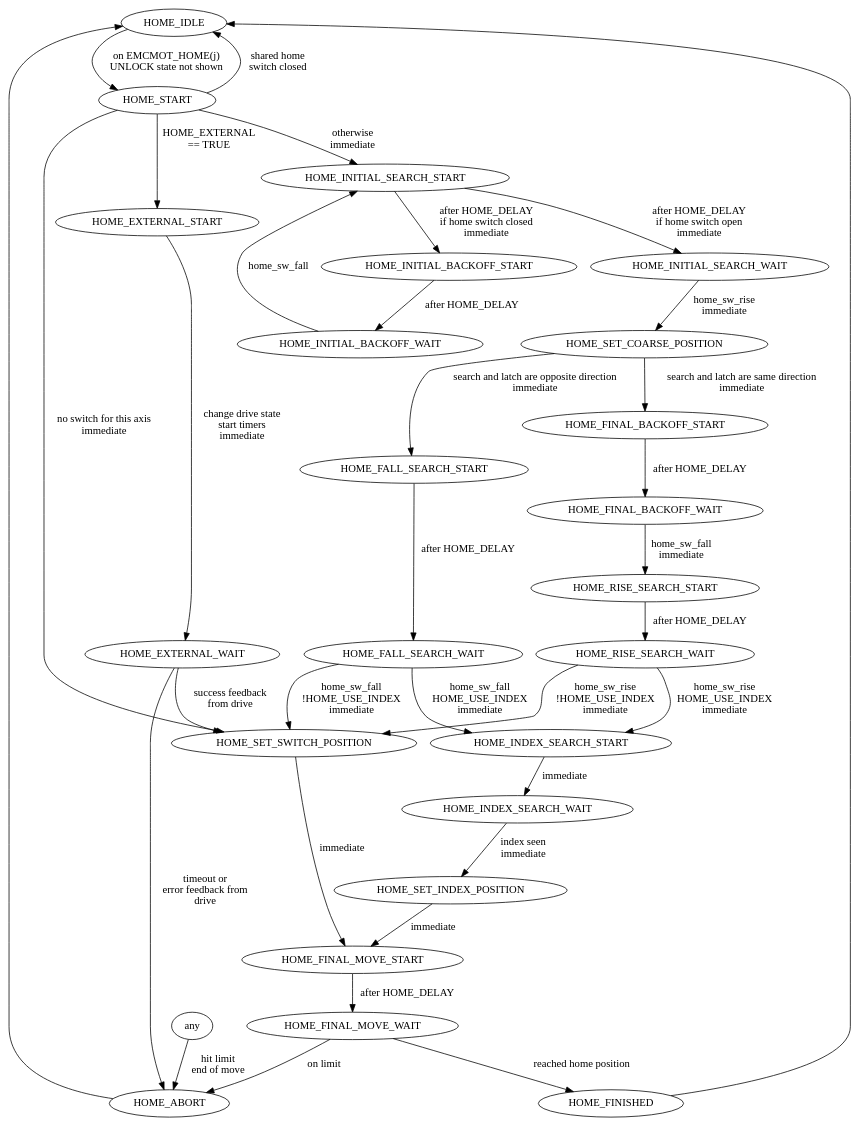
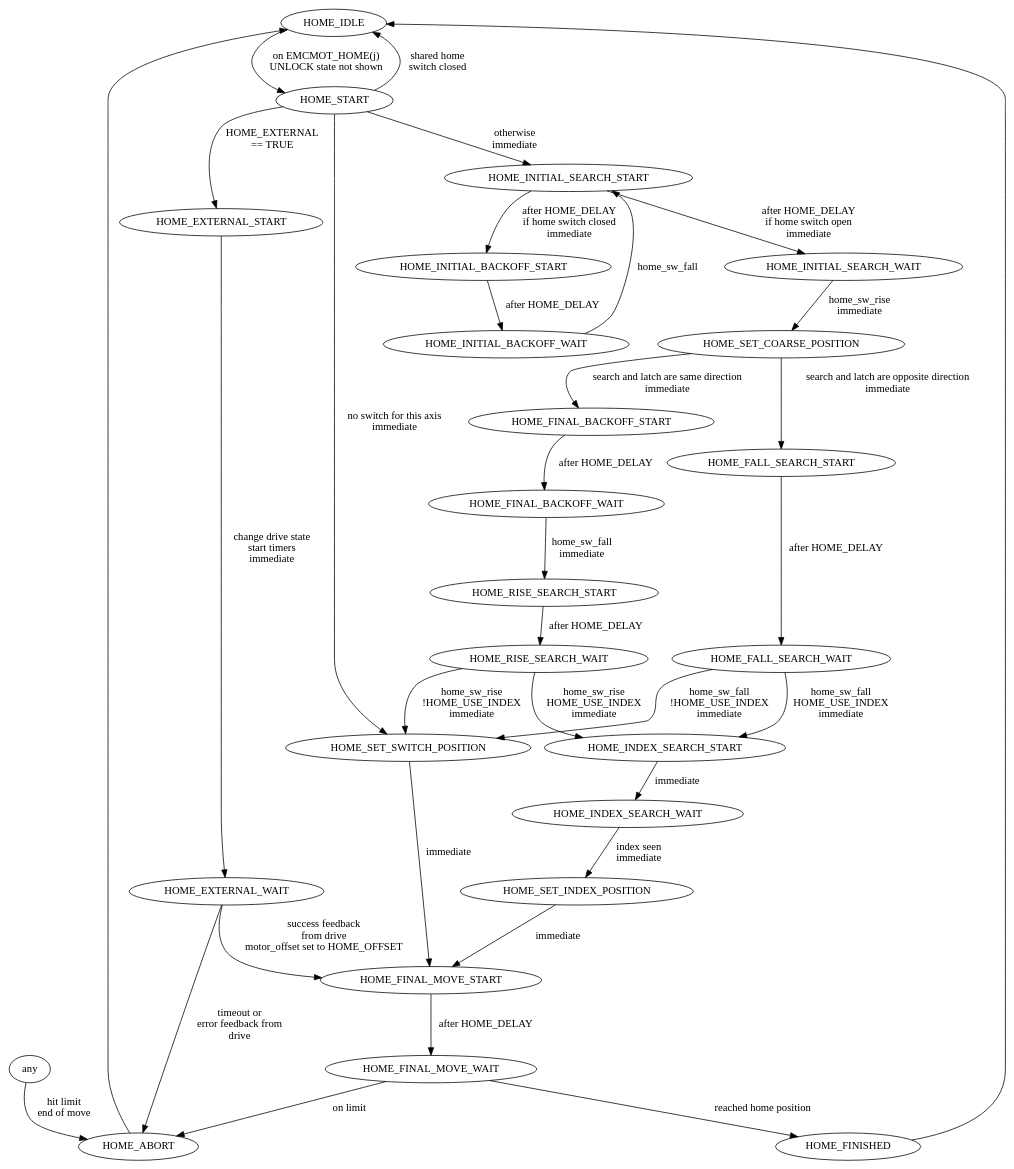
One commit to zultron/machinekit changed the diagram in docs/src/code/homing.dot. Above: the diagram before and after it, drawn with Graphviz. The commit also changed 2 other files, not shown here.

Commit message:
PP-3829 rework state machine flow for home offset in homing.c

```diff
--- a/docs/src/code/homing.dot
+++ b/docs/src/code/homing.dot
@@ -1,38 +1,38 @@
 # NOTE PDH 2021: I have tried to update this as best I can to reflect the new HOME_EXTERNAL state, but this diagram
 # seems to conflict in some ways with the one located at src/emc/motion
 
 digraph homing {
     HOME_IDLE -> HOME_START [label="on EMCMOT_HOME(j)\nUNLOCK state not shown"];
     HOME_START -> HOME_IDLE [label="shared home\nswitch closed"];
     HOME_START -> HOME_SET_SWITCH_POSITION [label="no switch for this axis\nimmediate"];
     HOME_START -> HOME_EXTERNAL_START [label="HOME_EXTERNAL\n== TRUE"];
     HOME_START -> HOME_INITIAL_SEARCH_START [label="otherwise\nimmediate"];
     HOME_EXTERNAL_START -> HOME_EXTERNAL_WAIT [label="change drive state\nstart timers\nimmediate"];
     HOME_EXTERNAL_WAIT -> HOME_ABORT [label="timeout or\nerror feedback from\ndrive"];
-    HOME_EXTERNAL_WAIT -> HOME_SET_SWITCH_POSITION [label="success feedback\nfrom drive"];
+    HOME_EXTERNAL_WAIT -> HOME_FINAL_MOVE_START [label="success feedback\nfrom drive\nmotor_offset set to HOME_OFFSET"];
     HOME_INITIAL_BACKOFF_START -> HOME_INITIAL_BACKOFF_WAIT [label="after HOME_DELAY"];
     HOME_INITIAL_BACKOFF_WAIT -> HOME_INITIAL_SEARCH_START [label="home_sw_fall"];
     HOME_INITIAL_SEARCH_START -> HOME_INITIAL_BACKOFF_START [label="after HOME_DELAY\nif home switch closed\nimmediate"];
     HOME_INITIAL_SEARCH_START -> HOME_INITIAL_SEARCH_WAIT [label="after HOME_DELAY\nif home switch open\nimmediate"];
     HOME_INITIAL_SEARCH_WAIT -> HOME_SET_COARSE_POSITION [label="home_sw_rise\nimmediate"];
     HOME_SET_COARSE_POSITION -> HOME_FINAL_BACKOFF_START [label="search and latch are same direction\nimmediate"]
     HOME_SET_COARSE_POSITION -> HOME_FALL_SEARCH_START [label="search and latch are opposite direction\nimmediate"]
     HOME_FINAL_BACKOFF_START -> HOME_FINAL_BACKOFF_WAIT [label="after HOME_DELAY"];
     HOME_FINAL_BACKOFF_WAIT -> HOME_RISE_SEARCH_START [label="home_sw_fall\nimmediate"];
     HOME_RISE_SEARCH_START -> HOME_RISE_SEARCH_WAIT [label="after HOME_DELAY"];
     HOME_RISE_SEARCH_WAIT -> HOME_INDEX_SEARCH_START [label="home_sw_rise\nHOME_USE_INDEX\nimmediate"]
     HOME_RISE_SEARCH_WAIT -> HOME_SET_SWITCH_POSITION [label="home_sw_rise\n!HOME_USE_INDEX\nimmediate"]
     HOME_FALL_SEARCH_START -> HOME_FALL_SEARCH_WAIT [label="after HOME_DELAY"];
     HOME_FALL_SEARCH_WAIT -> HOME_INDEX_SEARCH_START [label="home_sw_fall\nHOME_USE_INDEX\nimmediate"]
     HOME_FALL_SEARCH_WAIT -> HOME_SET_SWITCH_POSITION [label="home_sw_fall\n!HOME_USE_INDEX\nimmediate"]
     HOME_INDEX_SEARCH_START -> HOME_INDEX_SEARCH_WAIT [label="immediate"];
     HOME_INDEX_SEARCH_WAIT -> HOME_SET_INDEX_POSITION [label="index seen\nimmediate"];
     HOME_SET_SWITCH_POSITION -> HOME_FINAL_MOVE_START [label="immediate"];
     HOME_SET_INDEX_POSITION -> HOME_FINAL_MOVE_START [label="immediate"];
     HOME_FINAL_MOVE_START -> HOME_FINAL_MOVE_WAIT [label="after HOME_DELAY"];
     HOME_FINAL_MOVE_WAIT -> HOME_ABORT [label="on limit"];
     HOME_FINAL_MOVE_WAIT -> HOME_FINISHED [label="reached home position"];
     HOME_FINISHED -> HOME_IDLE;
     any -> HOME_ABORT [label="hit limit\nend of move"]
     HOME_ABORT -> HOME_IDLE;
 }
```
